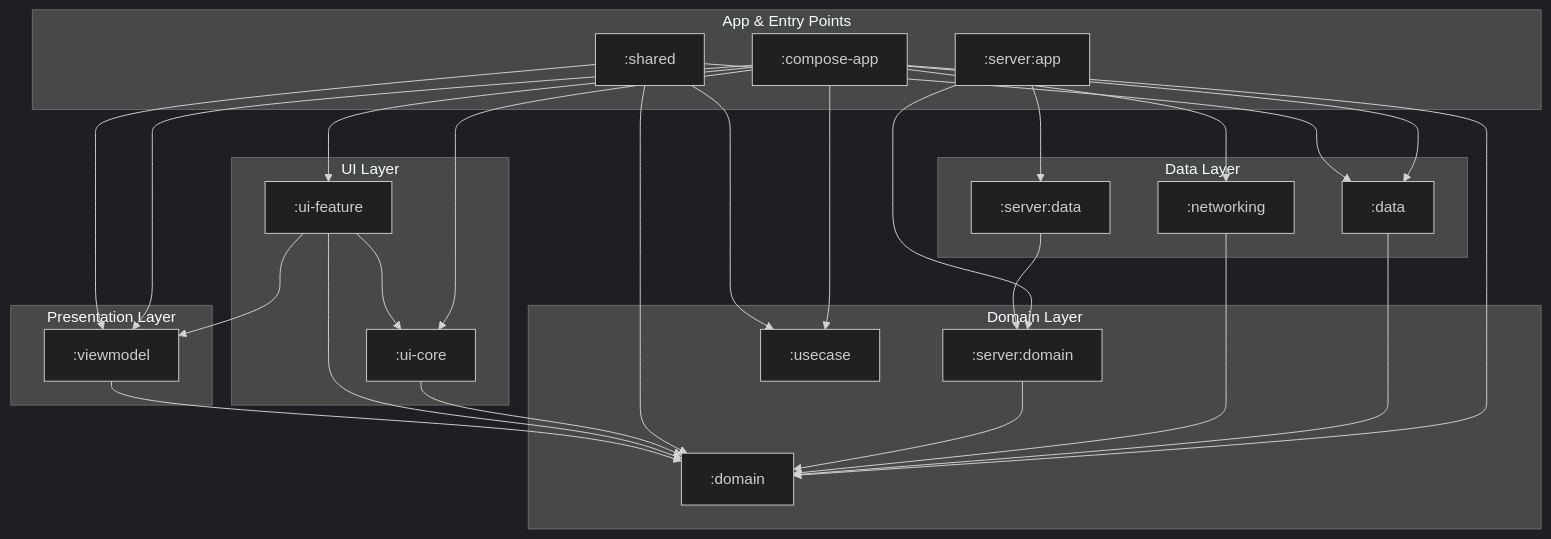
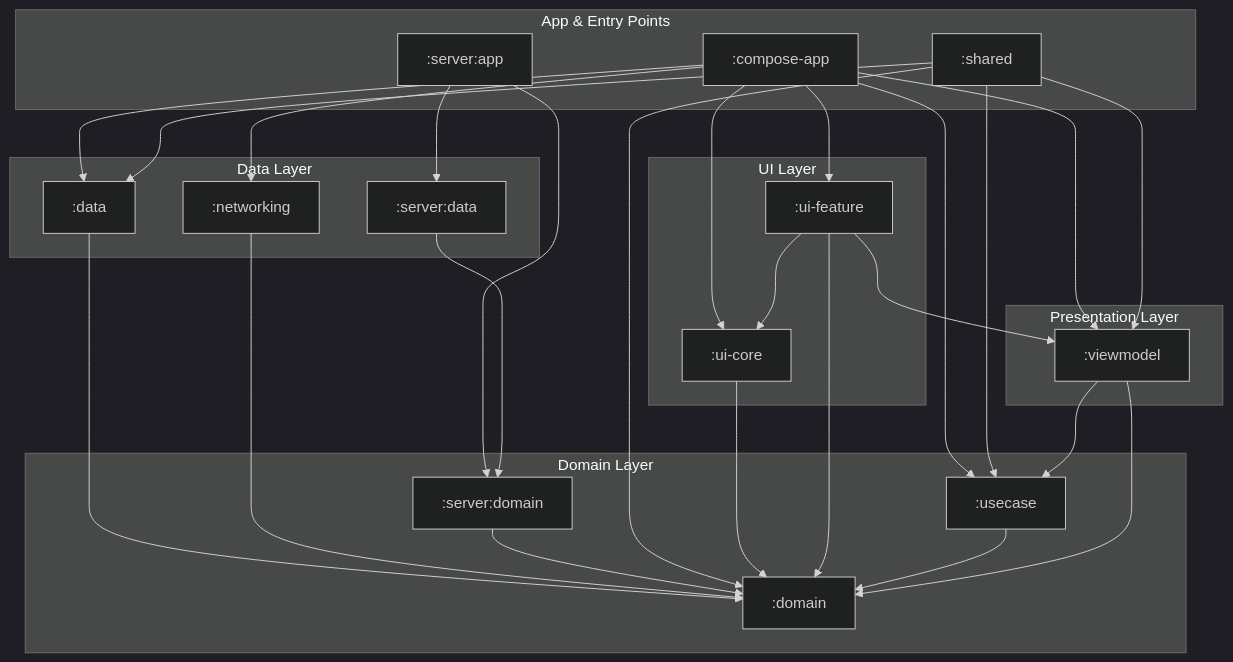
The diagram in ARCHITECTURE.md (cartland/battery-butler), drawn with Mermaid (dark theme) before and after one commit. The commit also changed 2 other files, not shown here.

Commit message:
Docs: Group architecture diagram dependencies with newlines

````diff
--- a/ARCHITECTURE.md
+++ b/ARCHITECTURE.md
@@ -14,53 +14,64 @@
 ```mermaid
 graph TD
     subgraph "App & Entry Points"
         ComposeApp[":compose-app"]
         ServerApp[":server:app"]
         Shared[":shared"]
     end
 
     subgraph "UI Layer"
         UICore[":ui-core"]
         UIFeature[":ui-feature"]
     end
 
     subgraph "Presentation Layer"
         ViewModel[":viewmodel"]
     end
 
     subgraph "Domain Layer"
         Domain[":domain"]
         ServerDomain[":server:domain"]
         UseCase[":usecase"]
     end
 
     subgraph "Data Layer"
         Data[":data"]
         Networking[":networking"]
         ServerData[":server:data"]
     end
 
     %% Dependencies
     ComposeApp --> Data
-    ComposeApp --> Domain
     ComposeApp --> Networking
     ComposeApp --> UICore
     ComposeApp --> UIFeature
     ComposeApp --> UseCase
     ComposeApp --> ViewModel
+
     Data --> Domain
+
     Networking --> Domain
+
     ServerApp --> ServerData
     ServerApp --> ServerDomain
+
     ServerData --> ServerDomain
+
     ServerDomain --> Domain
+
     Shared --> Data
     Shared --> Domain
     Shared --> UseCase
     Shared --> ViewModel
+
     UICore --> Domain
+
     UIFeature --> Domain
     UIFeature --> UICore
     UIFeature --> ViewModel
+
+    UseCase --> Domain
+
     ViewModel --> Domain
+    ViewModel --> UseCase
 ```
````
